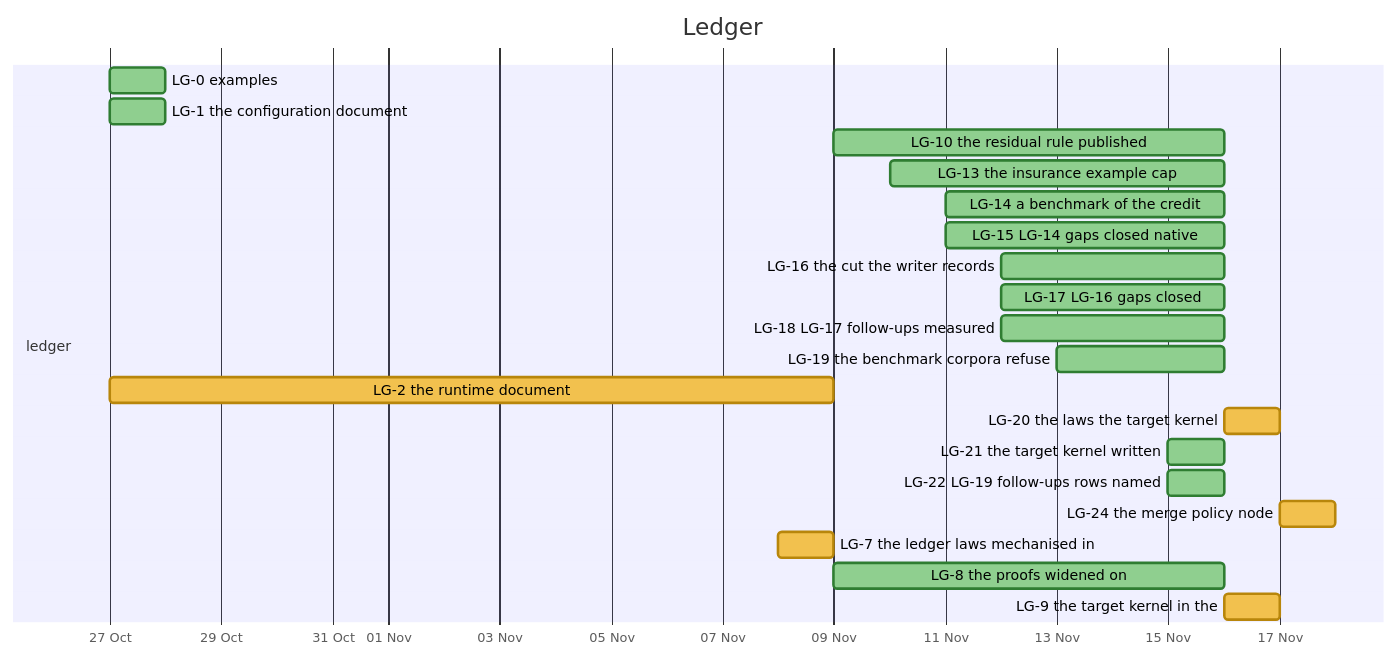
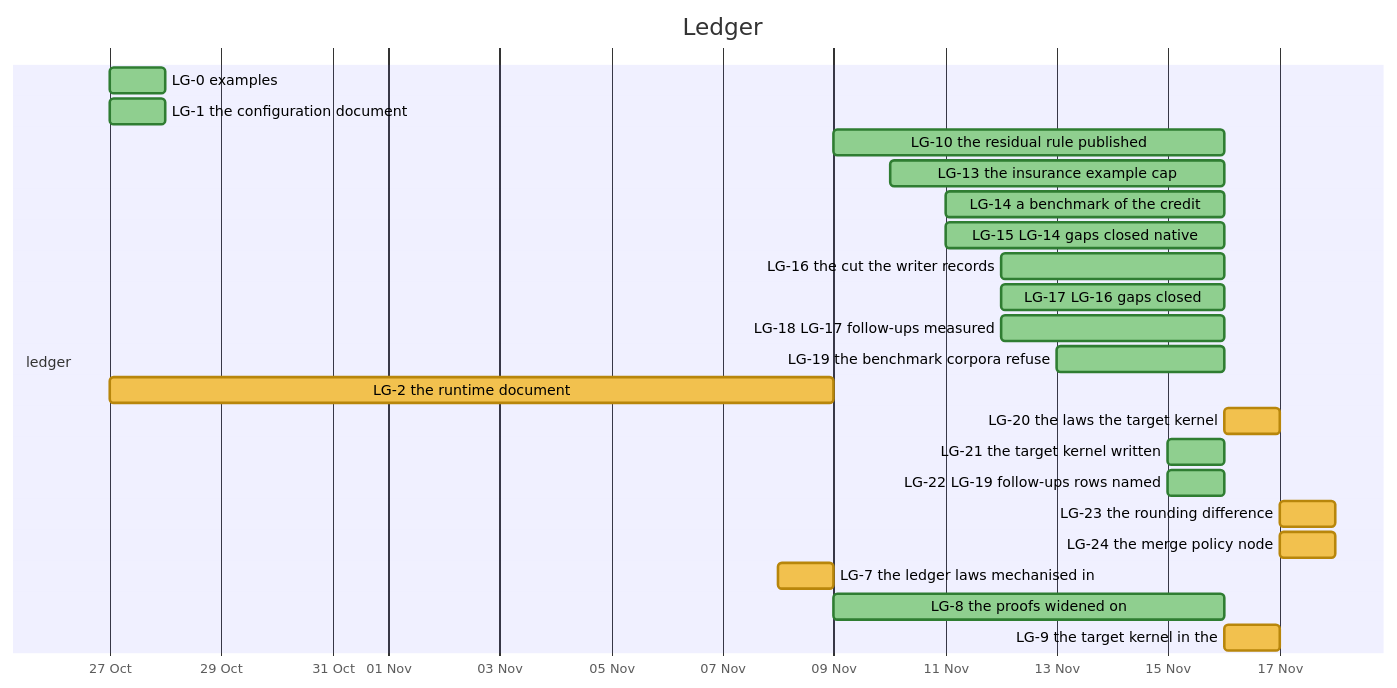
Before and after one commit to nebularis/lattice: the tenth of 32 diagrams in docs/developer/ROADMAP.md, drawn with Mermaid. The commit also changed other lines of this file and 20 other files, not shown here.

````diff
--- a/docs/developer/ROADMAP.md
+++ b/docs/developer/ROADMAP.md
@@ -335,26 +335,27 @@
 ```mermaid
 %%{init: {"themeVariables": {"taskBkgColor": "#f2c14e", "taskBorderColor": "#b8860b", "taskTextColor": "#000000", "activeTaskBkgColor": "#4e9af1", "activeTaskBorderColor": "#1f5fbf", "activeTaskBorderColor": "#1f5fbf", "doneTaskBkgColor": "#8fcf8f", "doneTaskBorderColor": "#2f7d32", "critBkgColor": "#f28b82", "critBorderColor": "#b23a30", "taskTextDarkColor": "#000000", "taskTextLightColor": "#000000"}}}%%
 gantt
     title Ledger
     dateFormat YYYY-MM-DD
     axisFormat %d %b
     section ledger
     LG-0 examples :done, lg0, 2026-10-27, 2026-10-28
     LG-1 the configuration document :done, lg1, 2026-10-27, 2026-10-28
     LG-10 the residual rule published :done, lg10, 2026-11-09, 2026-11-16
     LG-13 the insurance example cap :done, lg13, 2026-11-10, 2026-11-16
     LG-14 a benchmark of the credit :done, lg14, 2026-11-11, 2026-11-16
     LG-15 LG-14 gaps closed native :done, lg15, 2026-11-11, 2026-11-16
     LG-16 the cut the writer records :done, lg16, 2026-11-12, 2026-11-16
     LG-17 LG-16 gaps closed :done, lg17, 2026-11-12, 2026-11-16
     LG-18 LG-17 follow-ups measured :done, lg18, 2026-11-12, 2026-11-16
     LG-19 the benchmark corpora refuse :done, lg19, 2026-11-13, 2026-11-16
     LG-2 the runtime document :lg2, 2026-10-27, 2026-11-09
     LG-20 the laws the target kernel :lg20, 2026-11-16, 2026-11-17
     LG-21 the target kernel written :done, lg21, 2026-11-15, 2026-11-16
     LG-22 LG-19 follow-ups rows named :done, lg22, 2026-11-15, 2026-11-16
+    LG-23 the rounding difference :lg23, 2026-11-17, 2026-11-18
     LG-24 the merge policy node :lg24, 2026-11-17, 2026-11-18
     LG-7 the ledger laws mechanised in :lg7, 2026-11-08, 2026-11-09
     LG-8 the proofs widened on :done, lg8, 2026-11-09, 2026-11-16
     LG-9 the target kernel in the :lg9, 2026-11-16, 2026-11-17
 ```
````
